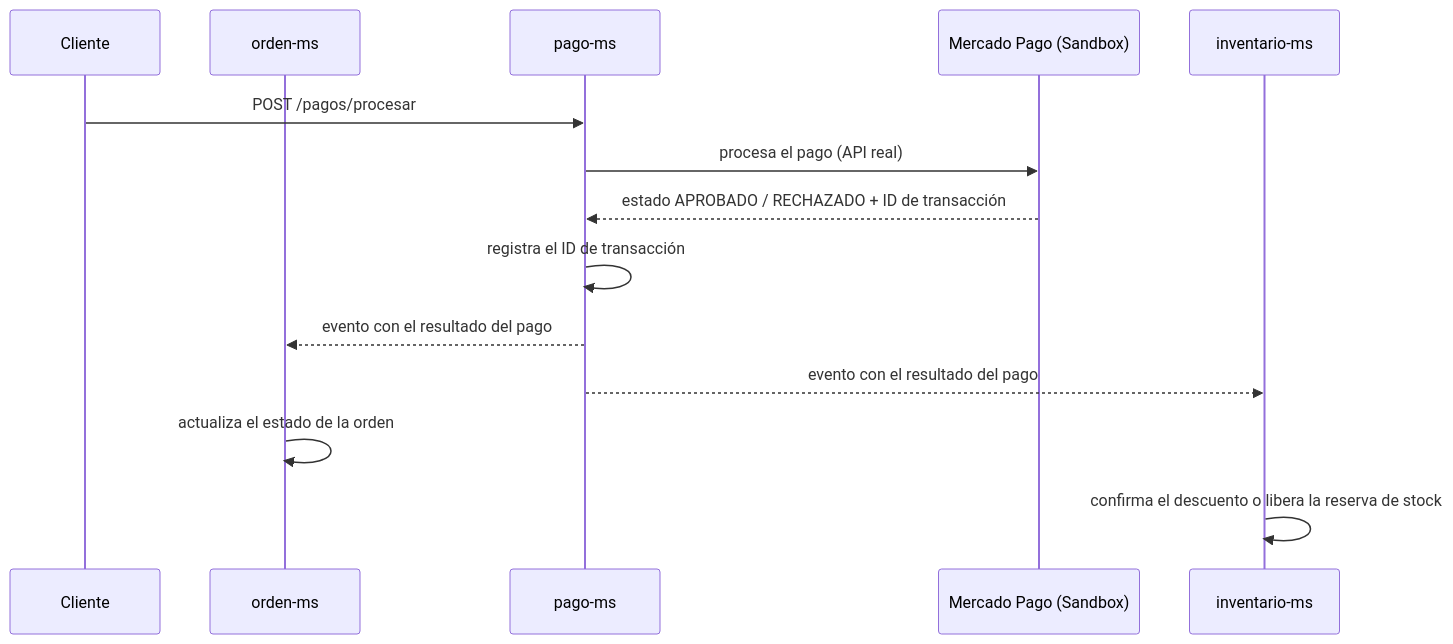
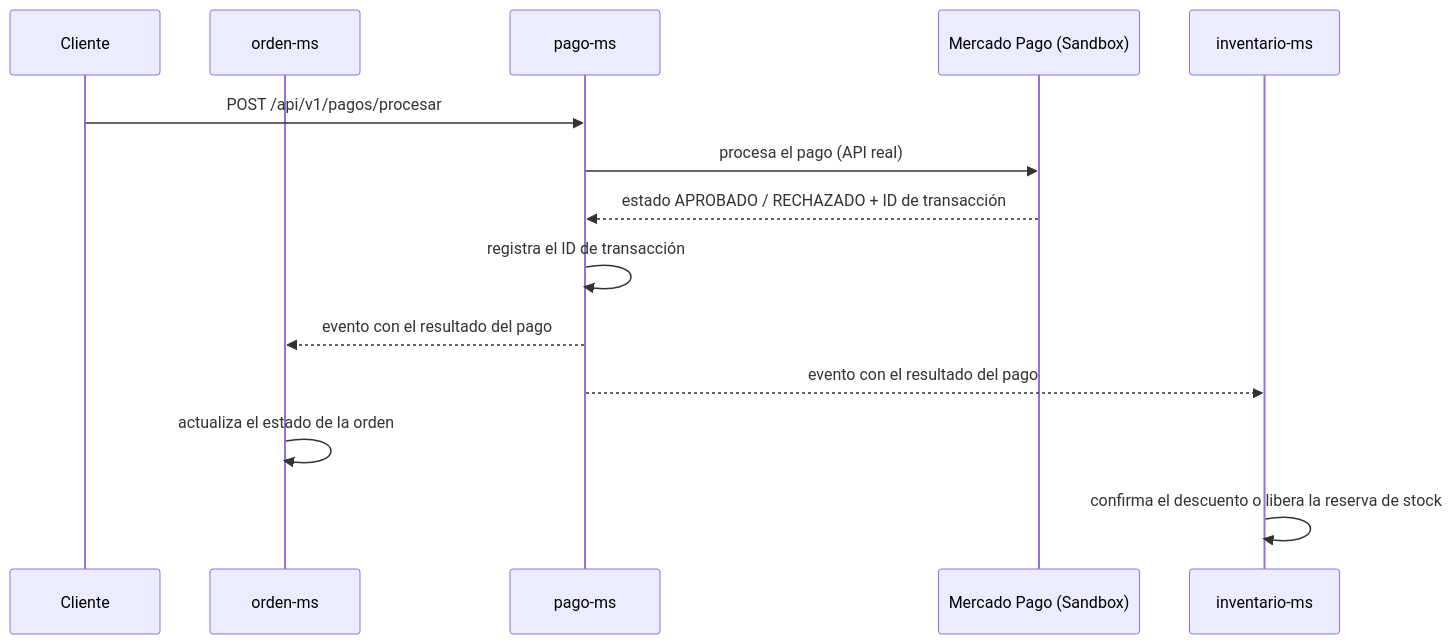
One commit to anghelo523/nextlook changed the diagram in NextLook/docs/integracion-pago.md. Above: the diagram before and after it, drawn with Mermaid. The commit also changed other lines of this file and 310 other files, not shown here.

````diff
--- a/NextLook/docs/integracion-pago.md
+++ b/NextLook/docs/integracion-pago.md
@@ -5,17 +8,17 @@
 ```mermaid
 sequenceDiagram
     participant Cliente
     participant OrdenMS as orden-ms
     participant PagoMS as pago-ms
     participant MercadoPago as Mercado Pago (Sandbox)
     participant InventarioMS as inventario-ms
 
-    Cliente->>PagoMS: POST /pagos/procesar
+    Cliente->>PagoMS: POST /api/v1/pagos/procesar
     PagoMS->>MercadoPago: procesa el pago (API real)
     MercadoPago-->>PagoMS: estado APROBADO / RECHAZADO + ID de transacción
     PagoMS->>PagoMS: registra el ID de transacción
     PagoMS-->>OrdenMS: evento con el resultado del pago
     PagoMS-->>InventarioMS: evento con el resultado del pago
     OrdenMS->>OrdenMS: actualiza el estado de la orden
     InventarioMS->>InventarioMS: confirma el descuento o libera la reserva de stock
 ```
````
